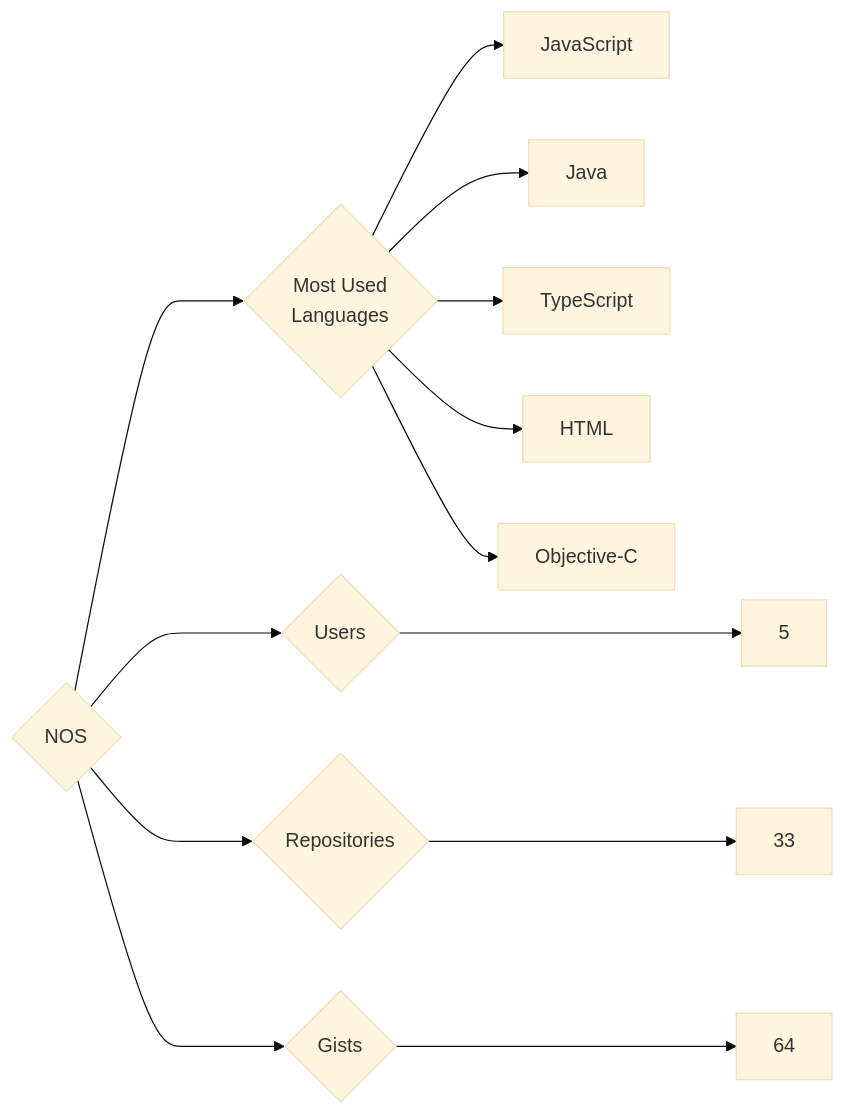
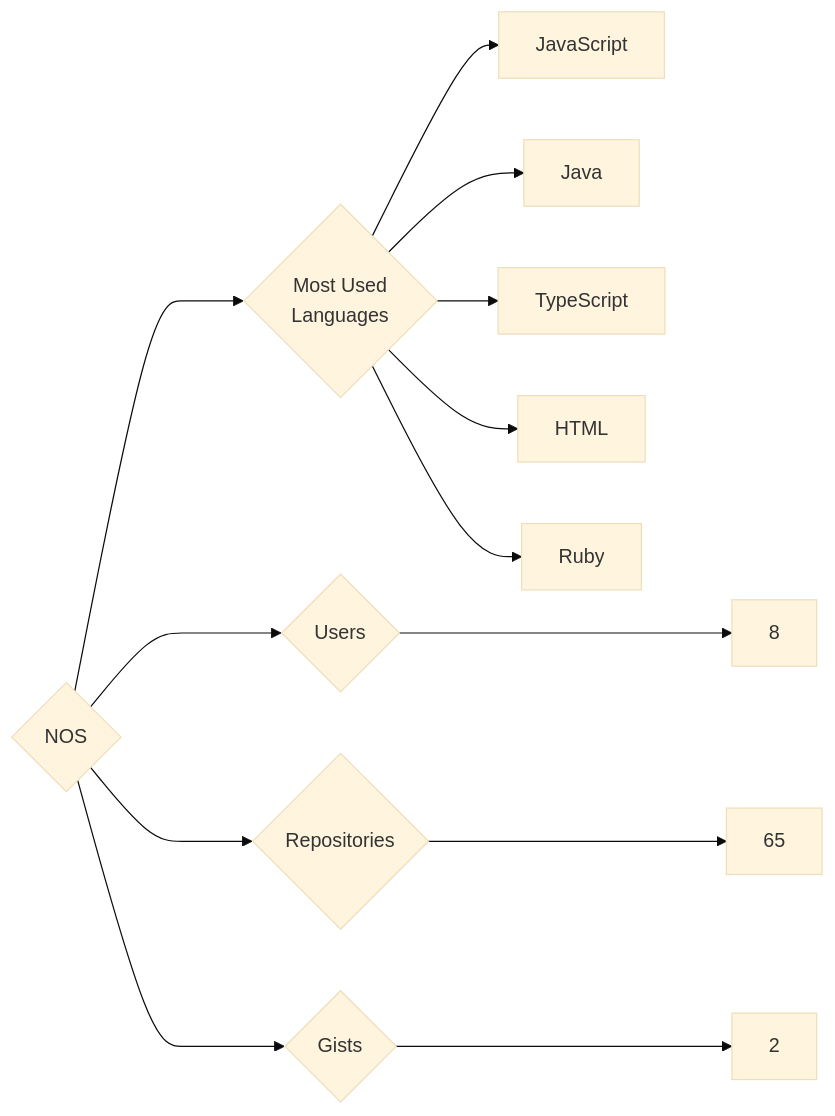
Before and after one commit to trickest/insiders: the diagram in targets/NOS/README.md, drawn with Mermaid (base theme). The commit also changed 1484 other files, not shown here.

````diff
--- a/targets/NOS/README.md
+++ b/targets/NOS/README.md
@@ -3,13 +3,13 @@
 ```mermaid
 graph LR
 COMPANY_NAME{NOS}
-COMPANY_NAME ---> U{Users} ---> UN[5]
-COMPANY_NAME ---> R{Repositories} ---> RN[33]
-COMPANY_NAME ---> G{Gists} ---> GN[64]
+COMPANY_NAME ---> U{Users} ---> UN[8]
+COMPANY_NAME ---> R{Repositories} ---> RN[65]
+COMPANY_NAME ---> G{Gists} ---> GN[2]
 COMPANY_NAME ---> ML{Most Used<br>Languages}
 ML --> JavaScript[JavaScript]
 ML --> Java[Java]
 ML --> TypeScript[TypeScript]
 ML --> HTML[HTML]
-ML --> Objective-C[Objective-C]
+ML --> Ruby[Ruby]
 ```
````
